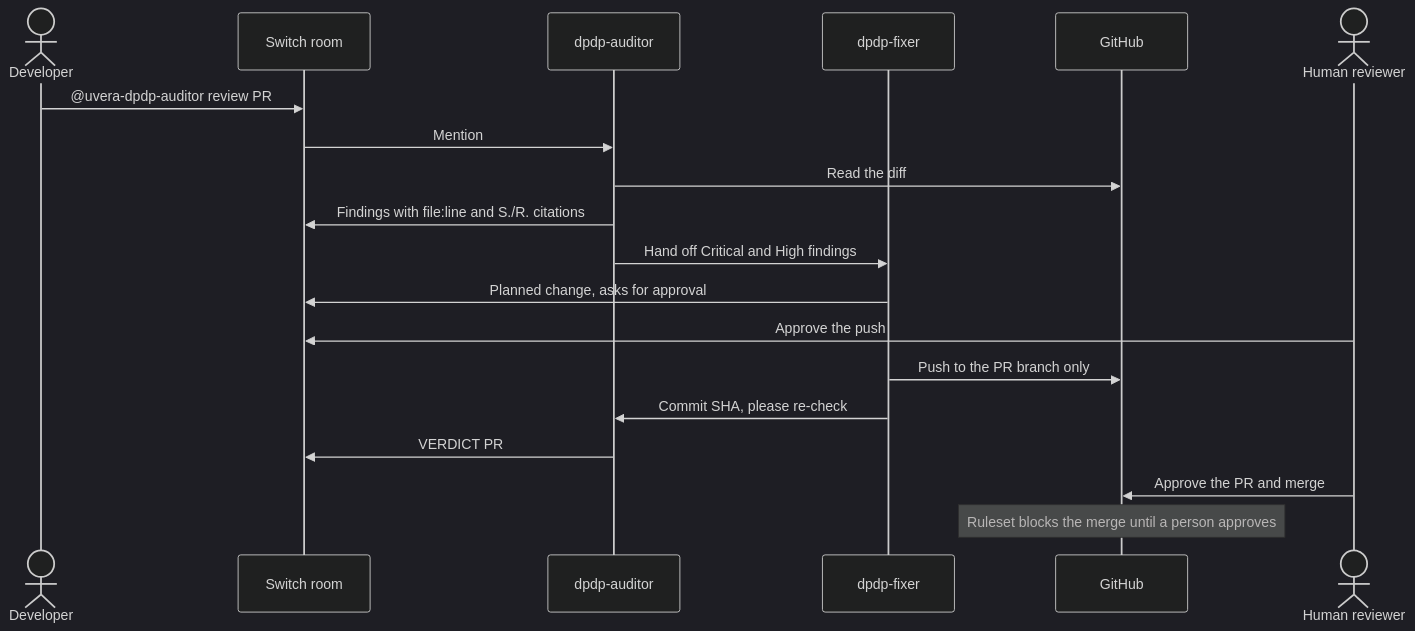
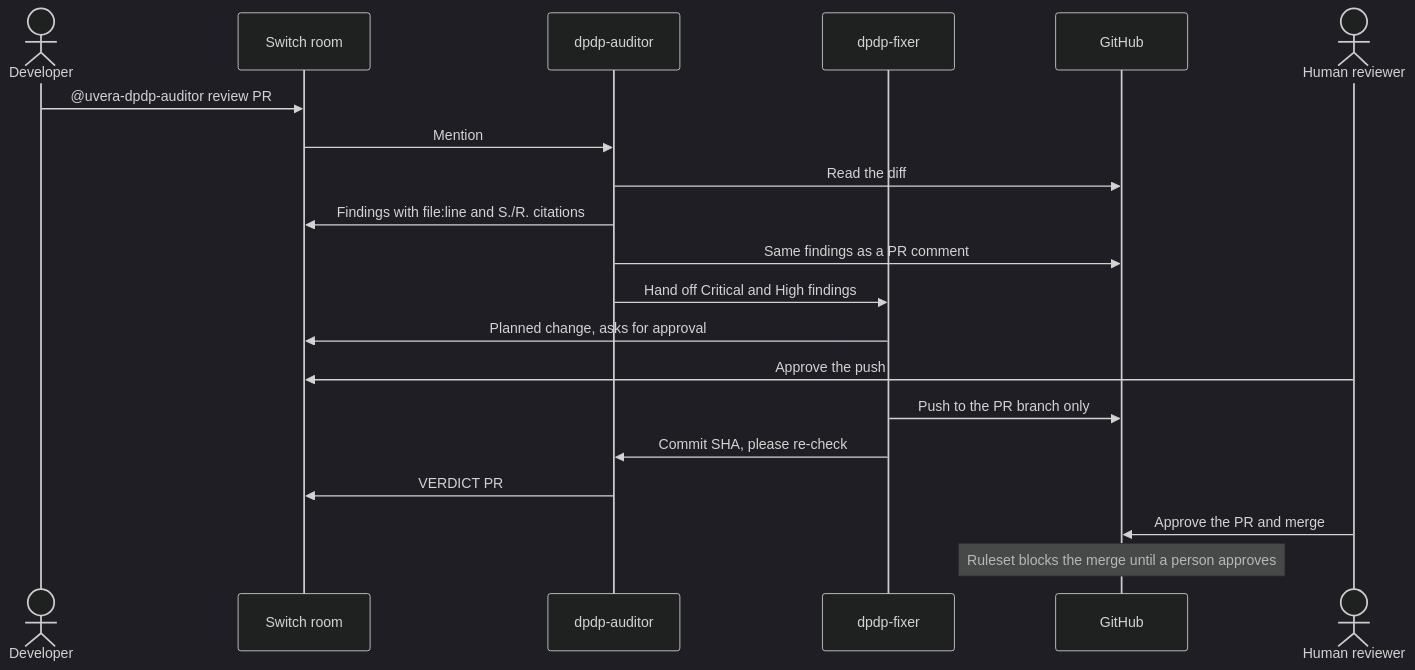
Before and after one commit to sachin-uvera/dpdp-pr-room: the diagram in README.md, drawn with Mermaid (dark theme). The commit also changed other lines of this file and 2 other files, not shown here.

First line of the commit message:
Show why Switch is needed; auditor comments on the PR; require citations

````diff
--- a/README.md
+++ b/README.md
@@ -15,22 +15,23 @@
 ```mermaid
 sequenceDiagram
     actor Dev as Developer
     participant Room as Switch room
     participant Auditor as dpdp-auditor
     participant Fixer as dpdp-fixer
     participant GH as GitHub
     actor Rev as Human reviewer
 
     Dev->>Room: @uvera-dpdp-auditor review PR #7
     Room->>Auditor: Mention
     Auditor->>GH: Read the diff
     Auditor->>Room: Findings with file:line and S./R. citations
+    Auditor->>GH: Same findings as a PR comment
     Auditor->>Fixer: Hand off Critical and High findings
     Fixer->>Room: Planned change, asks for approval
     Rev->>Room: Approve the push
     Fixer->>GH: Push to the PR branch only
     Fixer->>Auditor: Commit SHA, please re-check
     Auditor->>Room: VERDICT PR #7: READY FOR HUMAN REVIEW
     Rev->>GH: Approve the PR and merge
     Note over GH: Ruleset blocks the merge until a person approves
 ```
````
